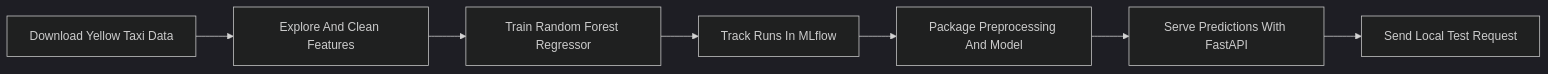
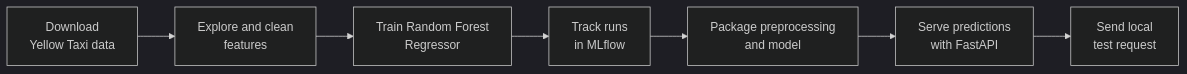
One commit to bootcampyoussef/mle-model-deployment-project changed the diagram in README.md. Above: the diagram before and after it, drawn with Mermaid (dark theme). The commit also changed other lines of this file and 2 other files, not shown here.

````diff
--- a/README.md
+++ b/README.md
@@ -35,9 +22,9 @@
 ```mermaid
 flowchart LR
-    A["Download Yellow Taxi Data"] --> B["Explore And Clean Features"]
-    B --> C["Train Random Forest Regressor"]
-    C --> D["Track Runs In MLflow"]
-    D --> E["Package Preprocessing And Model"]
-    E --> F["Serve Predictions With FastAPI"]
-    F --> G["Send Local Test Request"]
+    A["Download<br>Yellow Taxi data"] --> B["Explore and clean<br>features"]
+    B --> C["Train Random Forest<br>Regressor"]
+    C --> D["Track runs<br>in MLflow"]
+    D --> E["Package preprocessing<br>and model"]
+    E --> F["Serve predictions<br>with FastAPI"]
+    F --> G["Send local<br>test request"]
 ```
````
